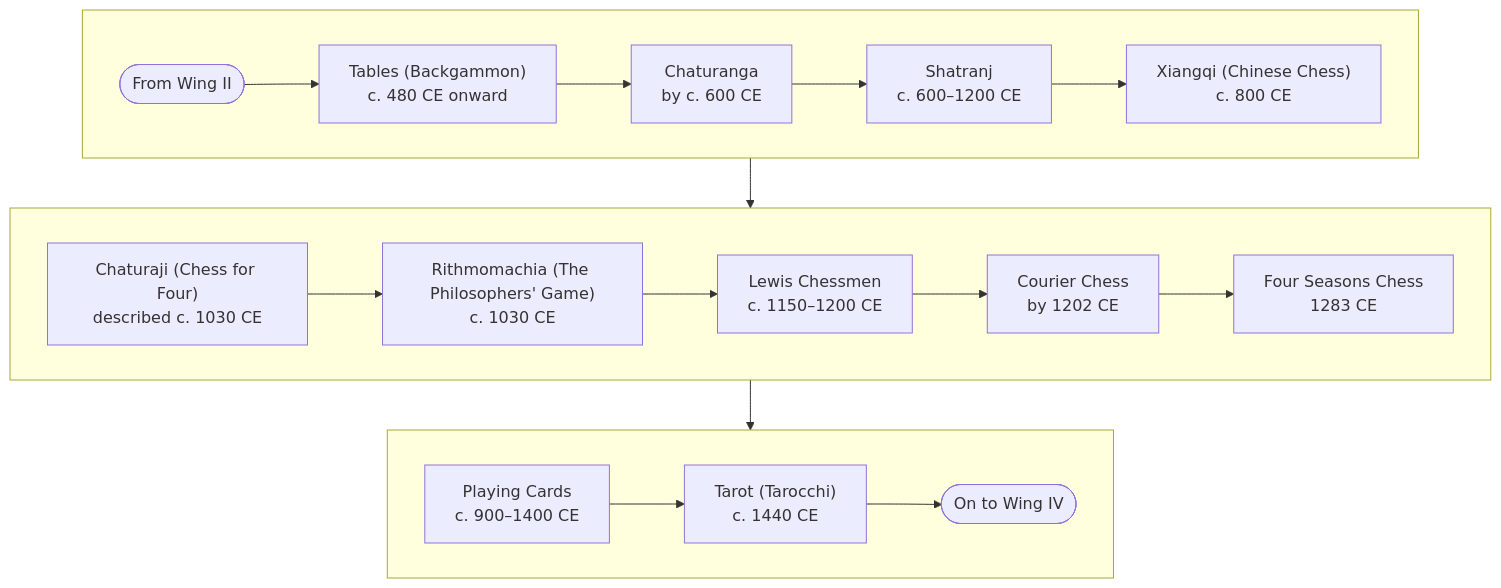
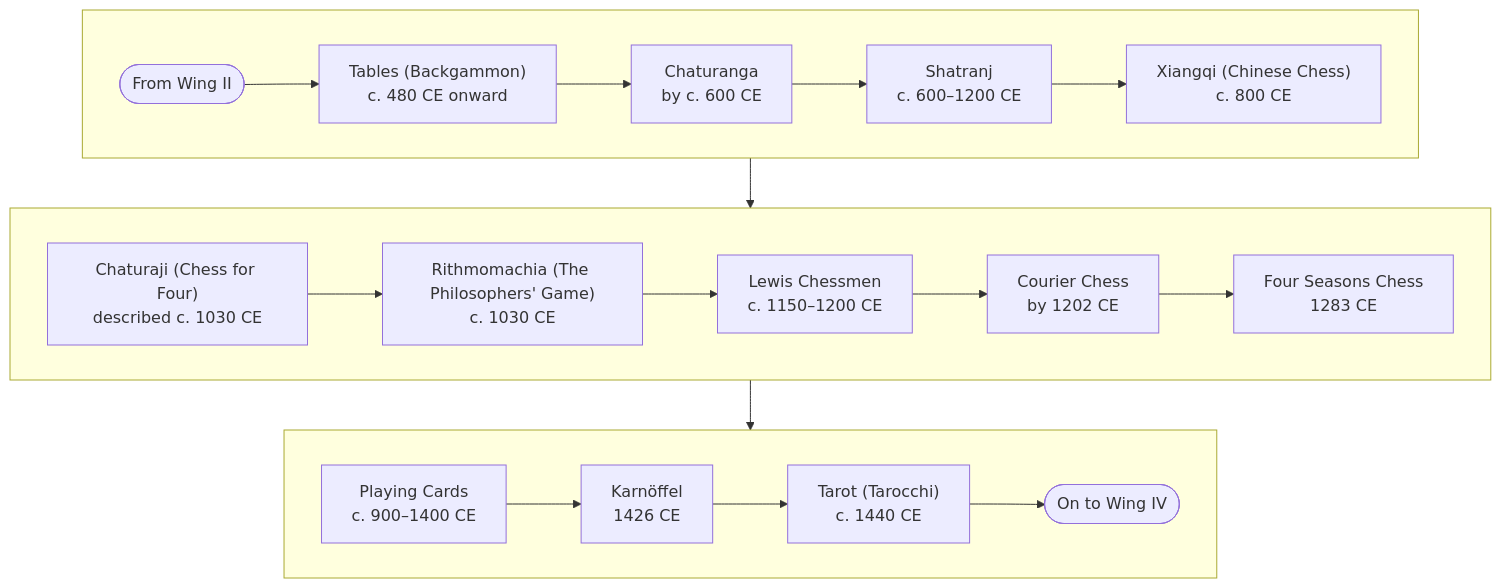
Before and after one commit to CptNope/Librarium-Archives: the sixth of 9 diagrams in docs/games/README.md, drawn with Mermaid. The commit also changed other lines of this file and 47 other files, not shown here.

````diff
--- a/docs/games/README.md
+++ b/docs/games/README.md
@@ -281,17 +286,17 @@
 ```mermaid
 flowchart TB
     subgraph r0[" "]
         direction LR
         in(["From Wing II"]) --> tables["Tables (Backgammon)<br/>c. 480 CE onward"] --> chaturanga["Chaturanga<br/>by c. 600 CE"] --> shatranj["Shatranj<br/>c. 600–1200 CE"] --> xiangqi["Xiangqi (Chinese Chess)<br/>c. 800 CE"]
     end
     subgraph r1[" "]
         direction LR
         chaturaji["Chaturaji (Chess for Four)<br/>described c. 1030 CE"] --> rithmo["Rithmomachia (The Philosophers' Game)<br/>c. 1030 CE"] --> lewis["Lewis Chessmen<br/>c. 1150–1200 CE"] --> courier["Courier Chess<br/>by 1202 CE"] --> fourseasons["Four Seasons Chess<br/>1283 CE"]
     end
     subgraph r2[" "]
         direction LR
-        cards["Playing Cards<br/>c. 900–1400 CE"] --> tarot["Tarot (Tarocchi)<br/>c. 1440 CE"] --> out(["On to Wing IV"])
+        cards["Playing Cards<br/>c. 900–1400 CE"] --> karnoffel["Karnöffel<br/>1426 CE"] --> tarot["Tarot (Tarocchi)<br/>c. 1440 CE"] --> out(["On to Wing IV"])
     end
     r0 --> r1
     r1 --> r2
 ```
````
